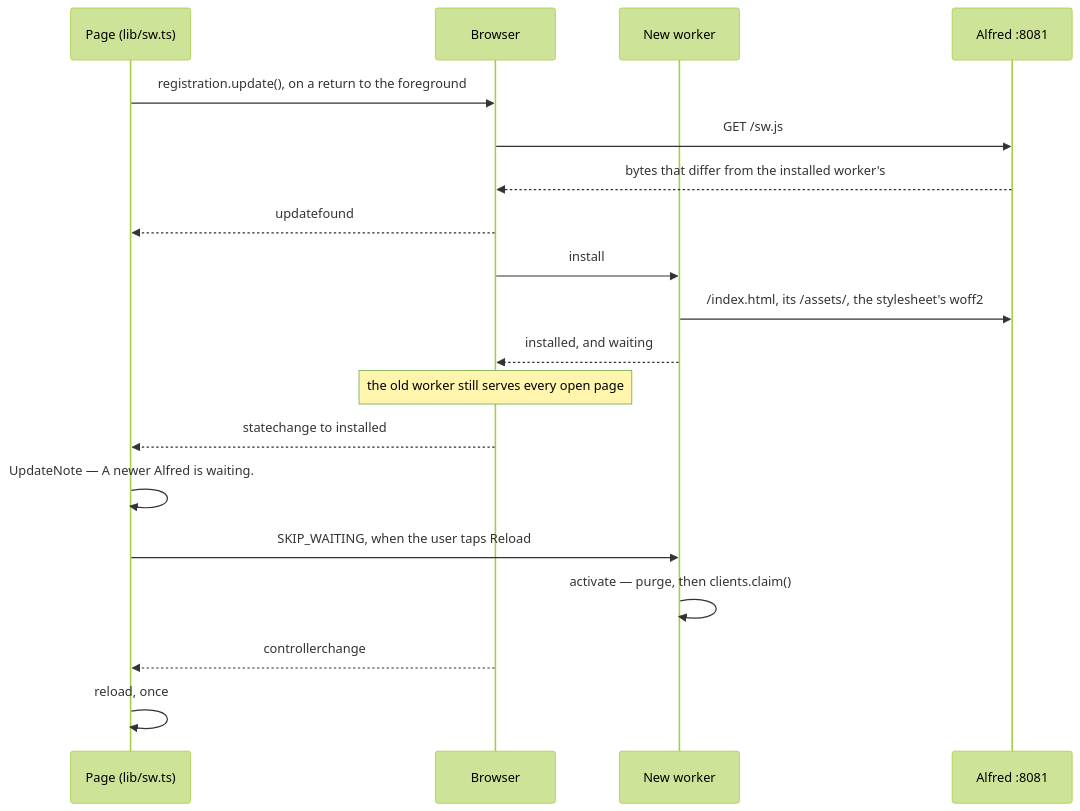
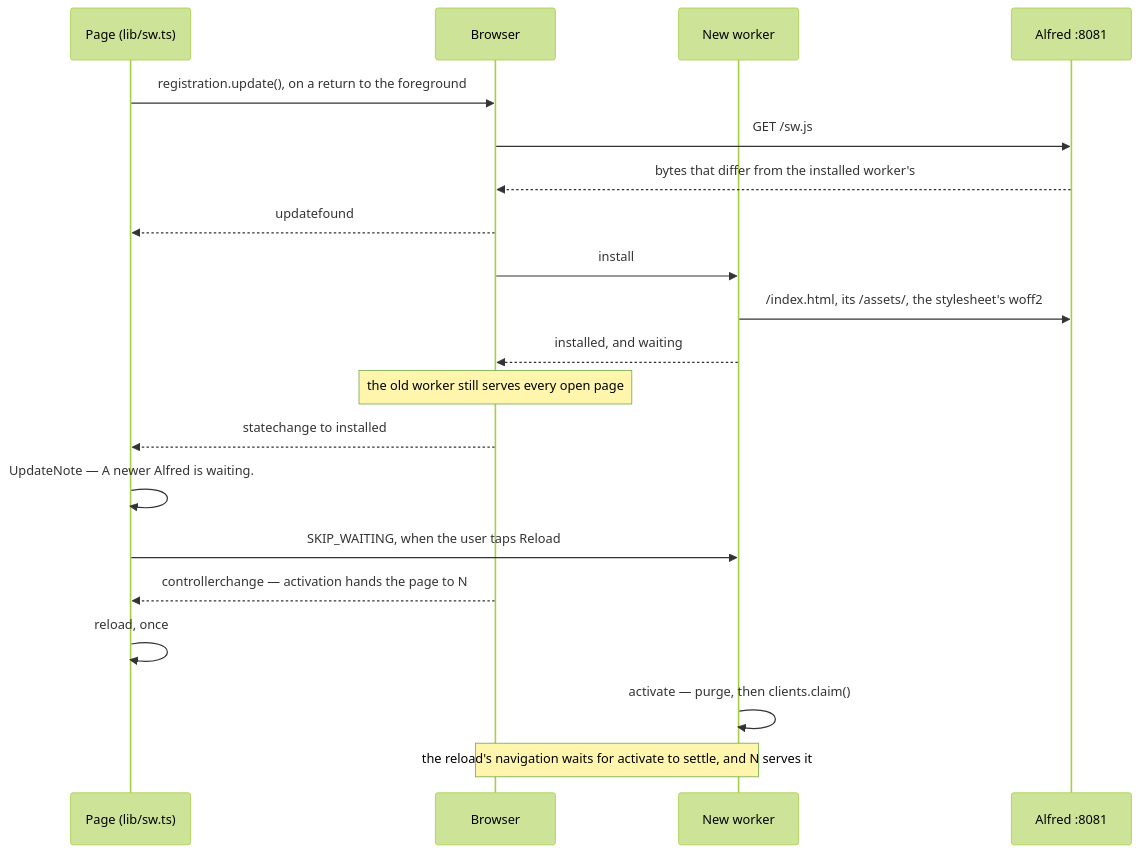
One commit to anirudhlath/alfred changed the third of 3 diagrams in docs/web-frontend.md. Above: the diagram before and after it, drawn with Mermaid (forest theme). The commit also changed other lines of this file and 3 other files, not shown here.

````diff
--- a/docs/web-frontend.md
+++ b/docs/web-frontend.md
@@ -1331,21 +1405,22 @@
 ```mermaid
 sequenceDiagram
     participant P as Page (lib/sw.ts)
     participant B as Browser
     participant N as New worker
     participant S as Alfred :8081
     P->>B: registration.update(), on a return to the foreground
     B->>S: GET /sw.js
     S-->>B: bytes that differ from the installed worker's
     B-->>P: updatefound
     B->>N: install
     N->>S: /index.html, its /assets/, the stylesheet's woff2
     N-->>B: installed, and waiting
     Note over B: the old worker still serves every open page
     B-->>P: statechange to installed
     P->>P: UpdateNote — A newer Alfred is waiting.
     P->>N: SKIP_WAITING, when the user taps Reload
+    B-->>P: controllerchange — activation hands the page to N
+    P->>P: reload, once
     N->>N: activate — purge, then clients.claim()
-    B-->>P: controllerchange
-    P->>P: reload, once
+    Note over B,N: the reload's navigation waits for activate to settle, and N serves it
 ```
````
